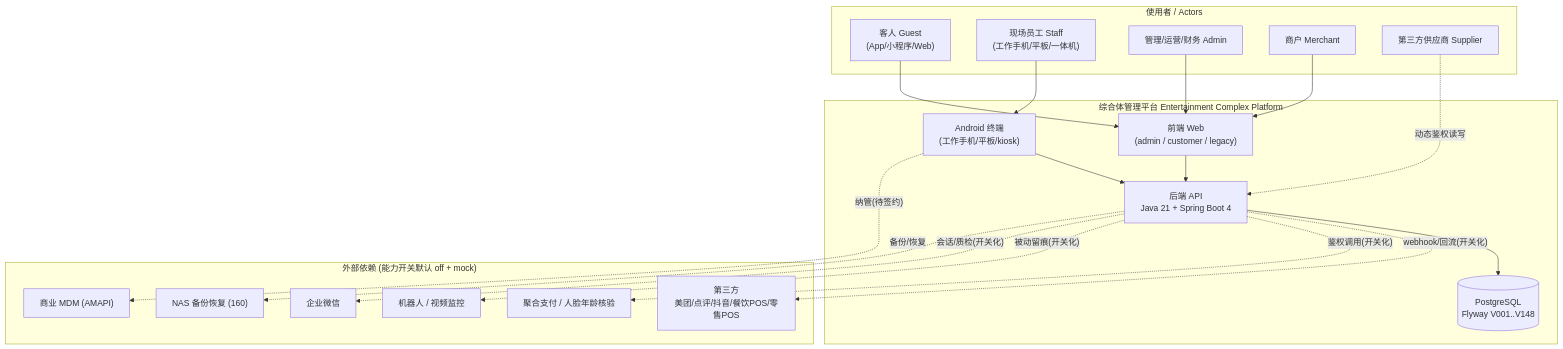
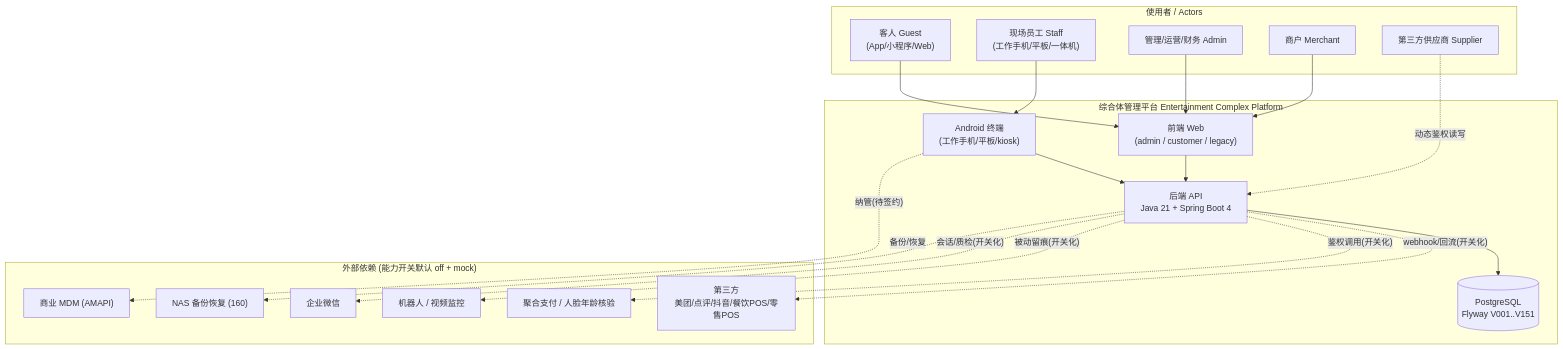
One commit to jxh1979/mall changed the first of 5 diagrams in docs/architecture-overview-v0.1.md. Above: the diagram before and after it, drawn with Mermaid. The commit also changed other lines of this file and 89 other files, not shown here.

````diff
--- a/docs/architecture-overview-v0.1.md
+++ b/docs/architecture-overview-v0.1.md
@@ -7,41 +7,41 @@
 ```mermaid
 graph TB
   subgraph Users["使用者 / Actors"]
     GUEST["客人 Guest<br/>(App/小程序/Web)"]
     STAFF["现场员工 Staff<br/>(工作手机/平板/一体机)"]
     ADMIN["管理/运营/财务 Admin"]
     MERCHANT["商户 Merchant"]
     SUPPLIER["第三方供应商 Supplier"]
   end
 
   subgraph Platform["综合体管理平台 Entertainment Complex Platform"]
     WEB["前端 Web<br/>(admin / customer / legacy)"]
     ANDROID["Android 终端<br/>(工作手机/平板/kiosk)"]
     API["后端 API<br/>Java 21 + Spring Boot 4"]
-    DB[("PostgreSQL<br/>Flyway V001..V148")]
+    DB[("PostgreSQL<br/>Flyway V001..V151")]
   end
 
   subgraph External["外部依赖 (能力开关默认 off + mock)"]
     TP["第三方<br/>美团/点评/抖音/餐饮POS/零售POS"]
     PAY["聚合支付 / 人脸年龄核验"]
     ROBOT["机器人 / 视频监控"]
     WECOM["企业微信"]
     MDM["商业 MDM (AMAPI)"]
     NAS["NAS 备份恢复 (160)"]
   end
 
   GUEST --> WEB
   STAFF --> ANDROID
   ADMIN --> WEB
   MERCHANT --> WEB
   WEB --> API
   ANDROID --> API
   API --> DB
   API -. webhook/回流(开关化) .-> TP
   API -. 鉴权调用(开关化) .-> PAY
   API -. 被动留痕(开关化) .-> ROBOT
   API -. 会话/质检(开关化) .-> WECOM
   ANDROID -. 纳管(待签约) .-> MDM
   API -. 备份/恢复 .-> NAS
   SUPPLIER -. 动态鉴权读写 .-> API
 ```
````
